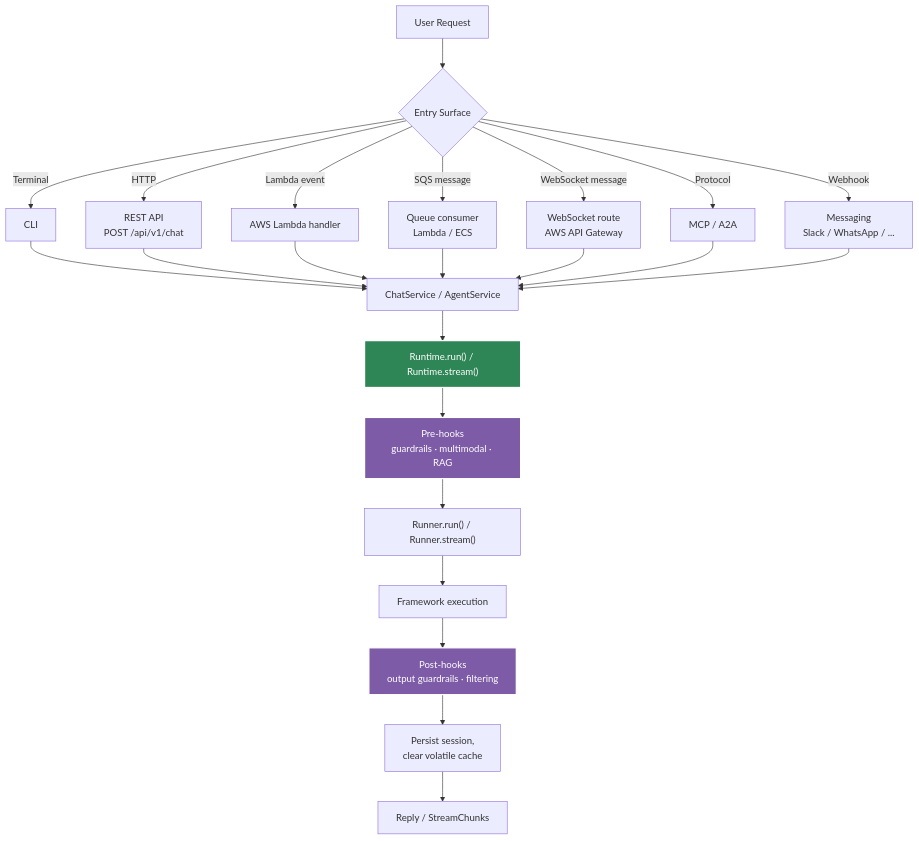
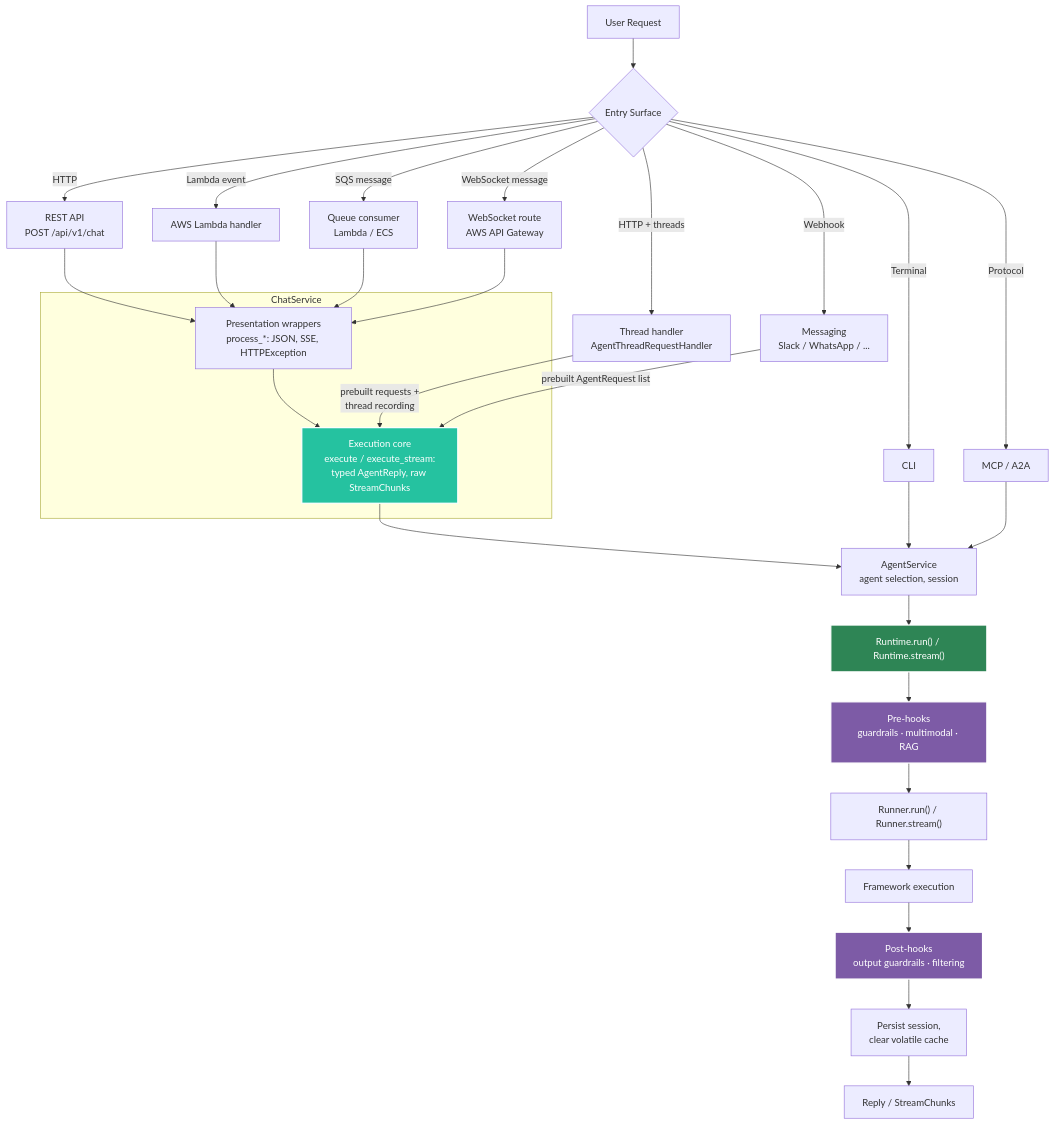
The first of 6 diagrams in docs/docs/architecture/execution-flow.md (yaalalabs/agent-kernel), drawn with Mermaid before and after one commit. The commit also changed other lines of this file and 13 other files, not shown here.

````diff
--- a/docs/docs/architecture/execution-flow.md
+++ b/docs/docs/architecture/execution-flow.md
@@ -13,31 +13,43 @@
 ```mermaid
 graph TD
     A[User Request] --> B{Entry Surface}
     B -->|Terminal| C[CLI]
     B -->|HTTP| D[REST API<br/>POST /api/v1/chat]
+    B -->|HTTP + threads| TH[Thread handler<br/>AgentThreadRequestHandler]
     B -->|Lambda event| E[AWS Lambda handler]
     B -->|SQS message| Q[Queue consumer<br/>Lambda / ECS]
     B -->|WebSocket message| F[WebSocket route<br/>AWS API Gateway]
     B -->|Protocol| P[MCP / A2A]
     B -->|Webhook| MSG[Messaging<br/>Slack / WhatsApp / ...]
 
-    C --> G[ChatService / AgentService]
-    D --> G
-    E --> G
-    Q --> G
-    F --> G
-    P --> G
-    MSG --> G
+    subgraph CS[ChatService]
+        PRES["Presentation wrappers<br/>process_*: JSON, SSE, HTTPException"]
+        CORE["Execution core<br/>execute / execute_stream:<br/>typed AgentReply, raw StreamChunks"]
+    end
 
-    G --> H["Runtime.run() / Runtime.stream()"]
+    D --> PRES
+    E --> PRES
+    Q --> PRES
+    F --> PRES
+    PRES --> CORE
+    TH -->|"prebuilt requests +<br/>thread recording"| CORE
+    MSG -->|"prebuilt AgentRequest list"| CORE
+
+    AS["AgentService<br/>agent selection, session"]
+    CORE --> AS
+    C --> AS
+    P --> AS
+
+    AS --> H["Runtime.run() / Runtime.stream()"]
     H --> I[Pre-hooks<br/>guardrails · multimodal · RAG]
     I --> J["Runner.run() / Runner.stream()"]
     J --> K[Framework execution]
     K --> L[Post-hooks<br/>output guardrails · filtering]
     L --> M[Persist session,<br/>clear volatile cache]
     M --> N[Reply / StreamChunks]
 
     style H fill:#2e8555,stroke:#fff,stroke-width:2px,color:#fff
     style I fill:#7d5ba6,stroke:#fff,stroke-width:2px,color:#fff
     style L fill:#7d5ba6,stroke:#fff,stroke-width:2px,color:#fff
+    style CORE fill:#25c2a0,stroke:#fff,stroke-width:2px,color:#fff
 ```
````
